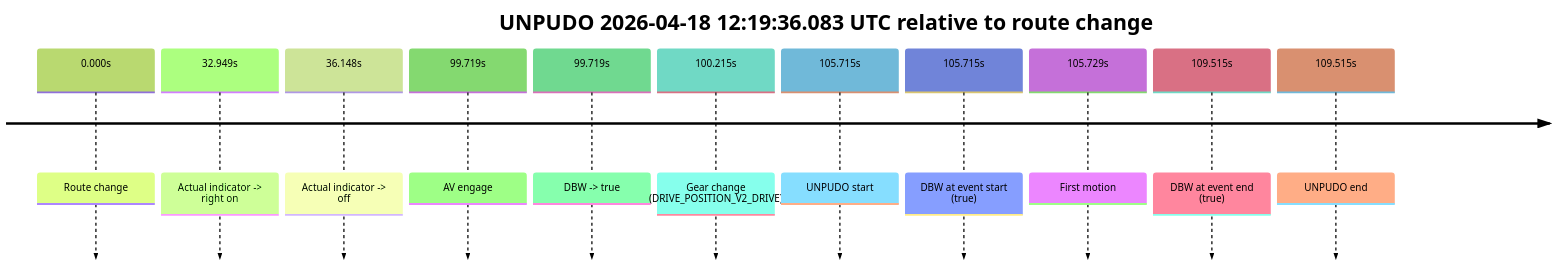
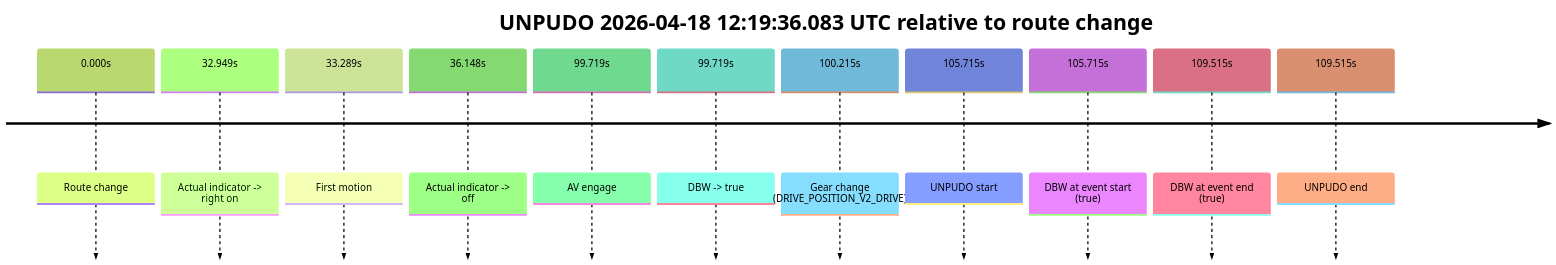
Before and after one commit to yoelshapiro/vault: the diagram in model_analysis/report_cards/2026/04/Week-3/fme20007--2026-04-18--12-15-33--gen2-av-a7d4a392-e0fb-4632-9024-a4e73da1a486.md, drawn with Mermaid (forest theme). The commit also changed other lines of this file and 41 other files, not shown here.

````diff
--- a/model_analysis/report_cards/2026/04/Week-3/fme20007--2026-04-18--12-15-33--gen2-av-a7d4a392-e0fb-4632-9024-a4e73da1a486.md
+++ b/model_analysis/report_cards/2026/04/Week-3/fme20007--2026-04-18--12-15-33--gen2-av-a7d4a392-e0fb-4632-9024-a4e73da1a486.md
@@ -44,15 +44,15 @@
 ```mermaid
 timeline
     title UNPUDO 2026-04-18 12:19:36.083 UTC relative to route change
     0.000s : Route change
     32.949s : Actual indicator -> right on
+    33.289s : First motion
     36.148s : Actual indicator -> off
     99.719s : AV engage
     99.719s : DBW -> true
     100.215s : Gear change (DRIVE_POSITION_V2_DRIVE)
     105.715s : UNPUDO start
     105.715s : DBW at event start (true)
-    105.729s : First motion
     109.515s : DBW at event end (true)
     109.515s : UNPUDO end
 ```
````
